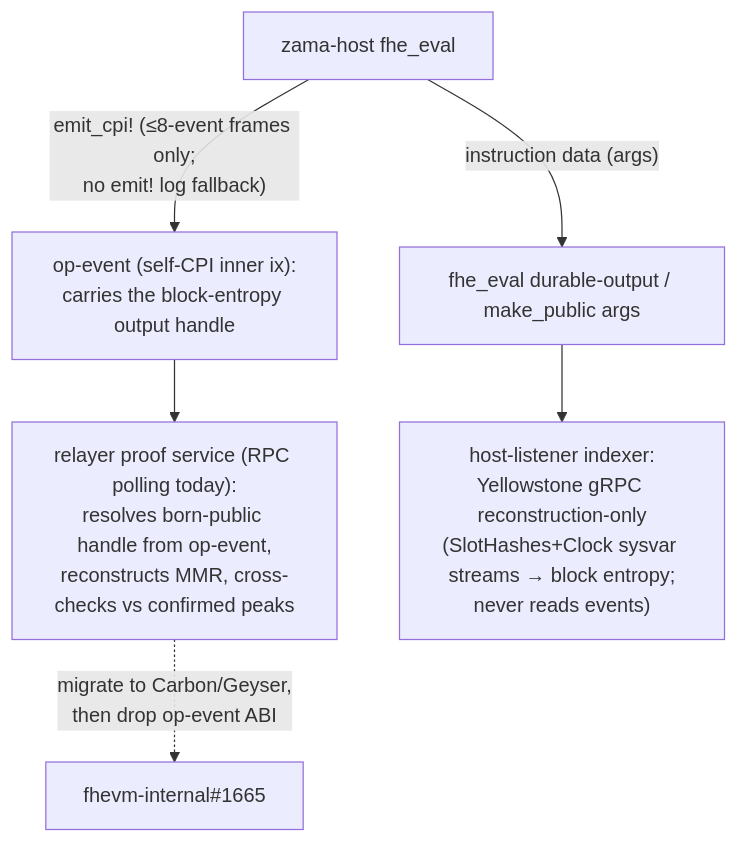
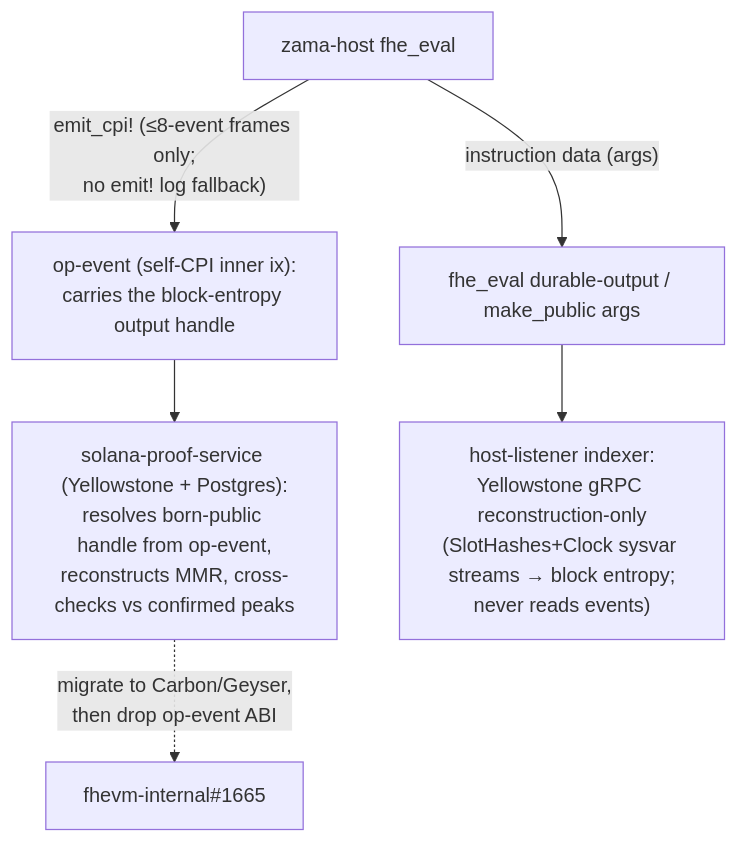
Before and after one commit to zama-ai/fhevm: the sixth of 6 diagrams in solana/docs/MMR_ACL_MVP.md, drawn with Mermaid. The commit also changed other lines of this file and 53 other files, not shown here.

First line of the commit message:
feat(test-suite): cut Solana vertical to solana-proof-service (#3215)

````diff
--- a/solana/docs/MMR_ACL_MVP.md
+++ b/solana/docs/MMR_ACL_MVP.md
@@ -173,8 +173,8 @@
 ```mermaid
 flowchart TD
     prog["zama-host fhe_eval"] -->|"emit_cpi! (≤8-event frames only;<br/>no emit! log fallback)"| ev["op-event (self-CPI inner ix):<br/>carries the block-entropy output handle"]
     prog -->|"instruction data (args)"| ix["fhe_eval durable-output / make_public args"]
-    ev --> relayer["relayer proof service (RPC polling today):<br/>resolves born-public handle from op-event,<br/>reconstructs MMR, cross-checks vs confirmed peaks"]
+    ev --> proofsvc["solana-proof-service (Yellowstone + Postgres):<br/>resolves born-public handle from op-event,<br/>reconstructs MMR, cross-checks vs confirmed peaks"]
     ix --> listener["host-listener indexer:<br/>Yellowstone gRPC reconstruction-only<br/>(SlotHashes+Clock sysvar streams → block entropy;<br/>never reads events)"]
-    relayer -.->|"migrate to Carbon/Geyser,<br/>then drop op-event ABI"| followup["fhevm-internal#1665"]
+    proofsvc -.->|"migrate to Carbon/Geyser,<br/>then drop op-event ABI"| followup["fhevm-internal#1665"]
 ```
````
